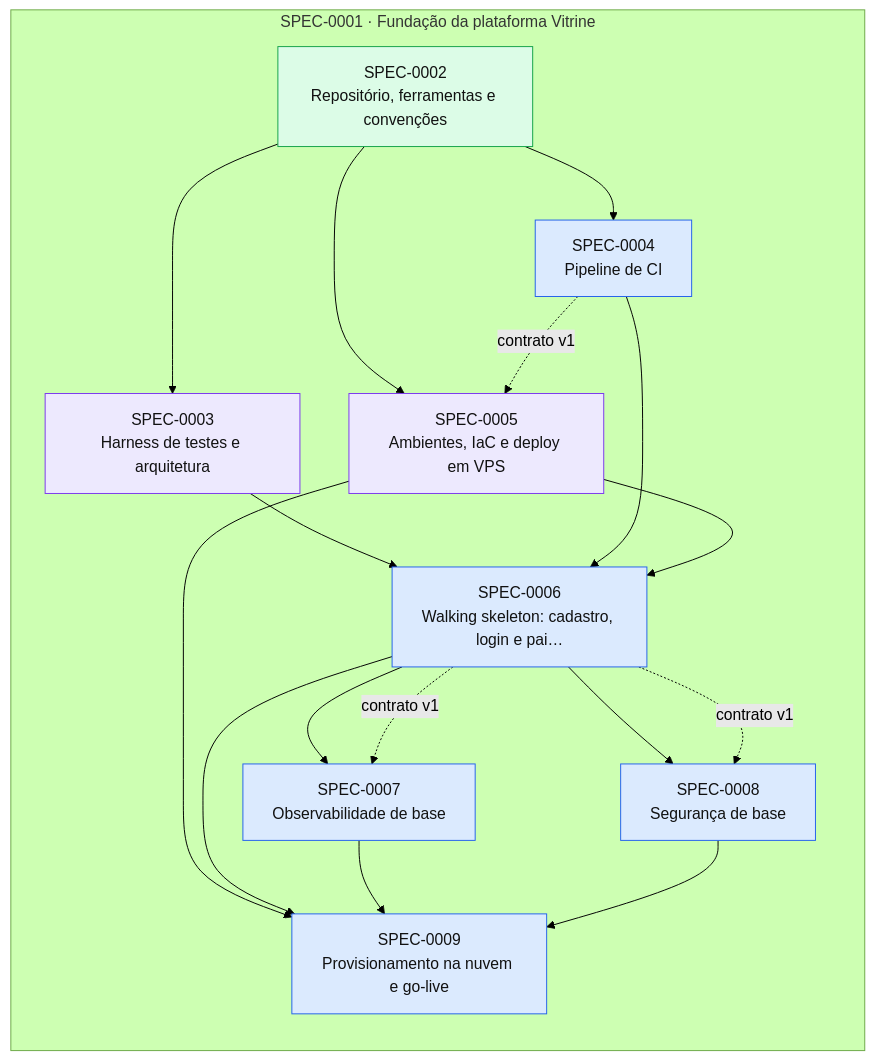
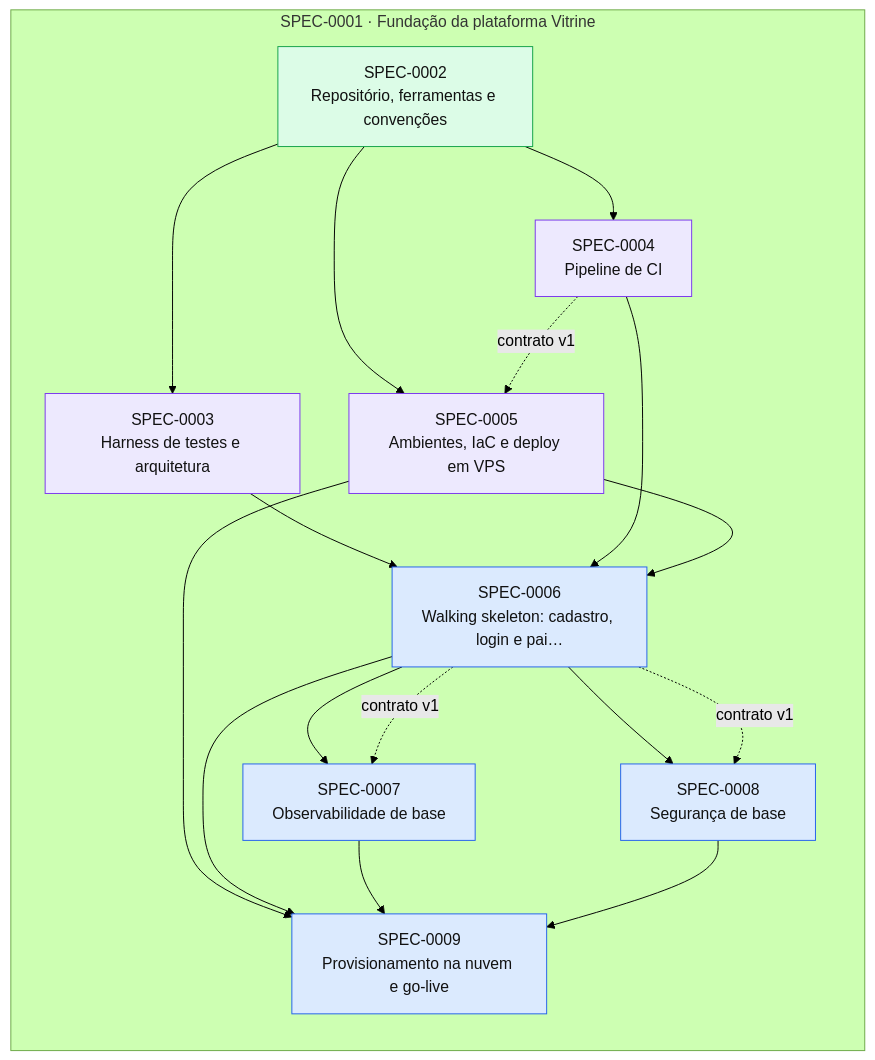
One commit to thomasravache/vitrine changed the diagram in docs/specs/INDEX.md. Above: the diagram before and after it, drawn with Mermaid (forest theme). The commit also changed other lines of this file and 1 other file, not shown here.

First line of the commit message:
docs(specs): SPEC-0004 em andamento (código da SPEC-0003 já integrado)

````diff
--- a/docs/specs/INDEX.md
+++ b/docs/specs/INDEX.md
@@ -68,33 +68,33 @@
 ```mermaid
 flowchart LR
   subgraph E0001["SPEC-0001 · Fundação da plataforma Vitrine"]
     S0002["SPEC-0002<br/>Repositório, ferramentas e convenções"]:::implemented
     S0003["SPEC-0003<br/>Harness de testes e arquitetura"]:::inprogress
-    S0004["SPEC-0004<br/>Pipeline de CI"]:::approved
+    S0004["SPEC-0004<br/>Pipeline de CI"]:::inprogress
     S0005["SPEC-0005<br/>Ambientes, IaC e deploy em VPS"]:::inprogress
     S0006["SPEC-0006<br/>Walking skeleton: cadastro, login e pai…"]:::approved
     S0007["SPEC-0007<br/>Observabilidade de base"]:::approved
     S0008["SPEC-0008<br/>Segurança de base"]:::approved
     S0009["SPEC-0009<br/>Provisionamento na nuvem e go-live"]:::approved
   end
   S0002 --> S0003
   S0002 --> S0004
   S0002 --> S0005
   S0004 -. contrato v1 .-> S0005
   S0003 --> S0006
   S0004 --> S0006
   S0005 --> S0006
   S0006 --> S0007
   S0006 -. contrato v1 .-> S0007
   S0006 --> S0008
   S0006 -. contrato v1 .-> S0008
   S0005 --> S0009
   S0006 --> S0009
   S0007 --> S0009
   S0008 --> S0009
   classDef proposed fill:#fef3c7,stroke:#d97706,color:#111
   classDef approved fill:#dbeafe,stroke:#2563eb,color:#111
   classDef inprogress fill:#ede9fe,stroke:#7c3aed,color:#111
   classDef implemented fill:#dcfce7,stroke:#16a34a,color:#111
   classDef deprecated fill:#f3f4f6,stroke:#9ca3af,color:#6b7280
 ```
````
